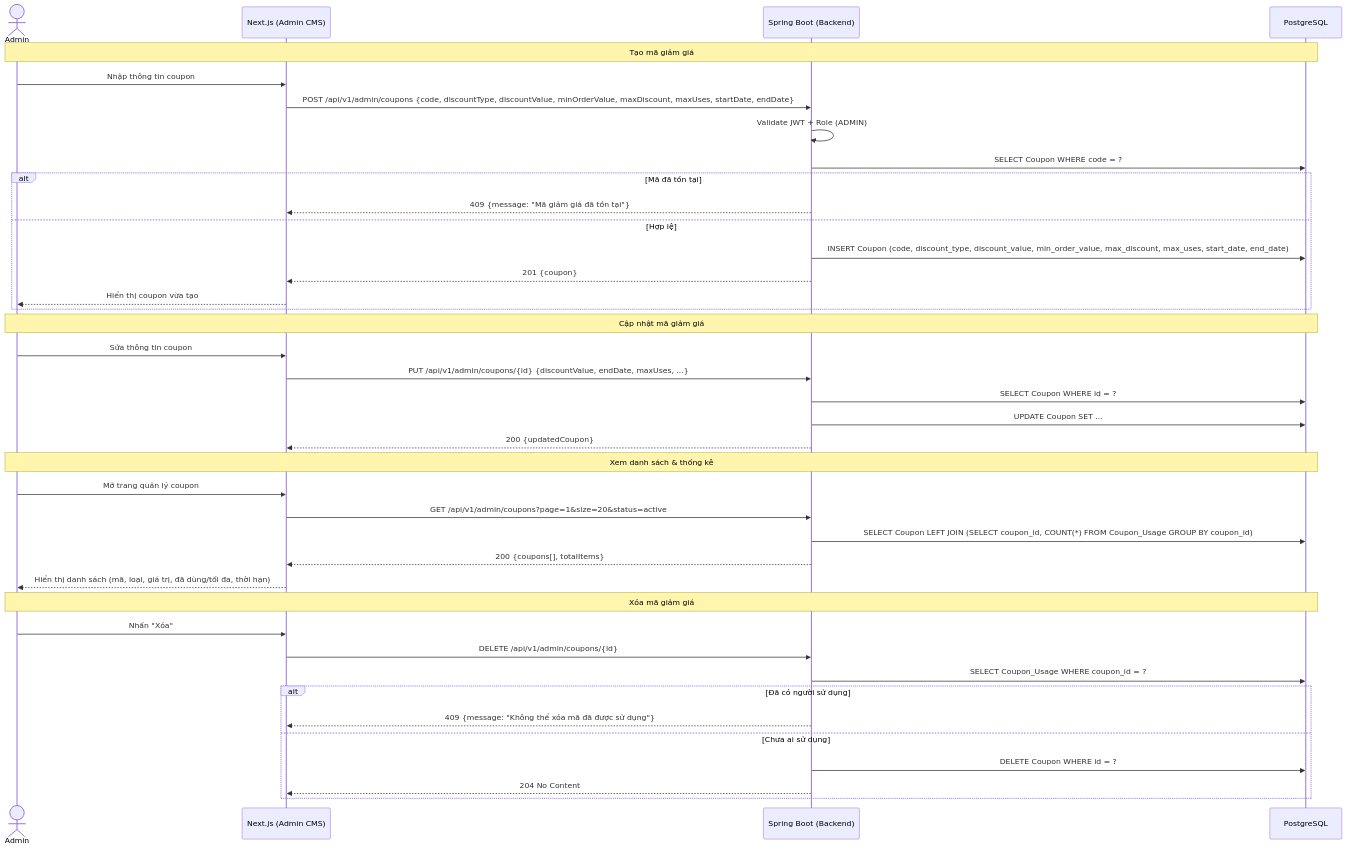
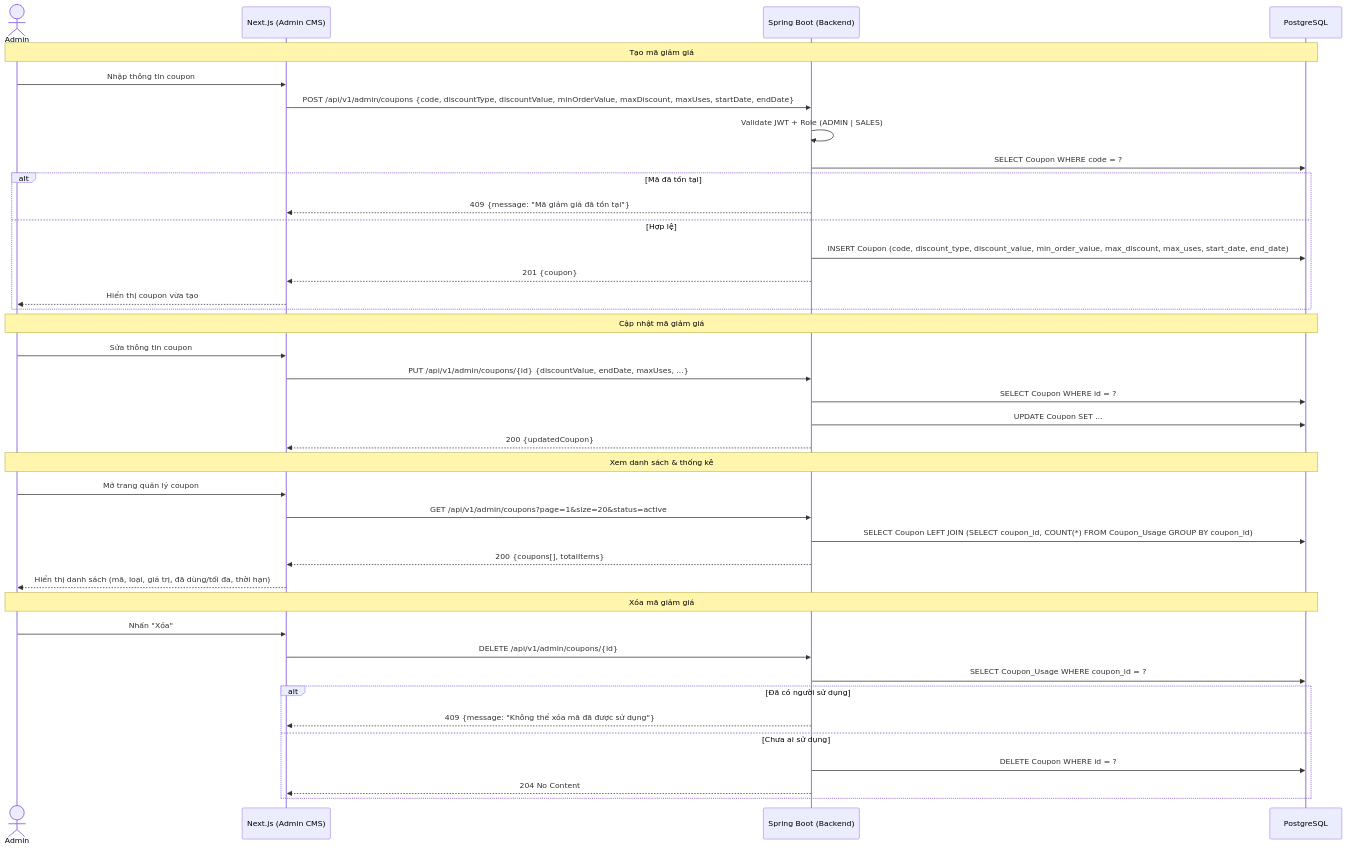
Diagram 29 of 35 in docs/design.md (huuhieu56/PC-Parts-ECommerce), drawn with Mermaid before and after one commit. The commit also changed other lines of this file and 1 other file, not shown here.

````diff
--- a/docs/design.md
+++ b/docs/design.md
@@ -1685,45 +1676,45 @@
 ```mermaid
 sequenceDiagram
     actor Admin
     participant FE as Next.js (Admin CMS)
     participant BE as Spring Boot (Backend)
     participant DB as PostgreSQL
 
     Note over Admin,DB: Tạo mã giảm giá
     Admin->>FE: Nhập thông tin coupon
     FE->>BE: POST /api/v1/admin/coupons {code, discountType, discountValue, minOrderValue, maxDiscount, maxUses, startDate, endDate}
-    BE->>BE: Validate JWT + Role (ADMIN)
+    BE->>BE: Validate JWT + Role (ADMIN | SALES)
     BE->>DB: SELECT Coupon WHERE code = ?
     alt Mã đã tồn tại
         BE-->>FE: 409 {message: "Mã giảm giá đã tồn tại"}
     else Hợp lệ
         BE->>DB: INSERT Coupon (code, discount_type, discount_value, min_order_value, max_discount, max_uses, start_date, end_date)
         BE-->>FE: 201 {coupon}
         FE-->>Admin: Hiển thị coupon vừa tạo
     end
 
     Note over Admin,DB: Cập nhật mã giảm giá
     Admin->>FE: Sửa thông tin coupon
     FE->>BE: PUT /api/v1/admin/coupons/{id} {discountValue, endDate, maxUses, ...}
     BE->>DB: SELECT Coupon WHERE id = ?
     BE->>DB: UPDATE Coupon SET ...
     BE-->>FE: 200 {updatedCoupon}
 
     Note over Admin,DB: Xem danh sách & thống kê
     Admin->>FE: Mở trang quản lý coupon
     FE->>BE: GET /api/v1/admin/coupons?page=1&size=20&status=active
     BE->>DB: SELECT Coupon LEFT JOIN (SELECT coupon_id, COUNT(*) FROM Coupon_Usage GROUP BY coupon_id)
     BE-->>FE: 200 {coupons[], totalItems}
     FE-->>Admin: Hiển thị danh sách (mã, loại, giá trị, đã dùng/tối đa, thời hạn)
 
     Note over Admin,DB: Xóa mã giảm giá
     Admin->>FE: Nhấn "Xóa"
     FE->>BE: DELETE /api/v1/admin/coupons/{id}
     BE->>DB: SELECT Coupon_Usage WHERE coupon_id = ?
     alt Đã có người sử dụng
         BE-->>FE: 409 {message: "Không thể xóa mã đã được sử dụng"}
     else Chưa ai sử dụng
         BE->>DB: DELETE Coupon WHERE id = ?
         BE-->>FE: 204 No Content
     end
 ```
````
